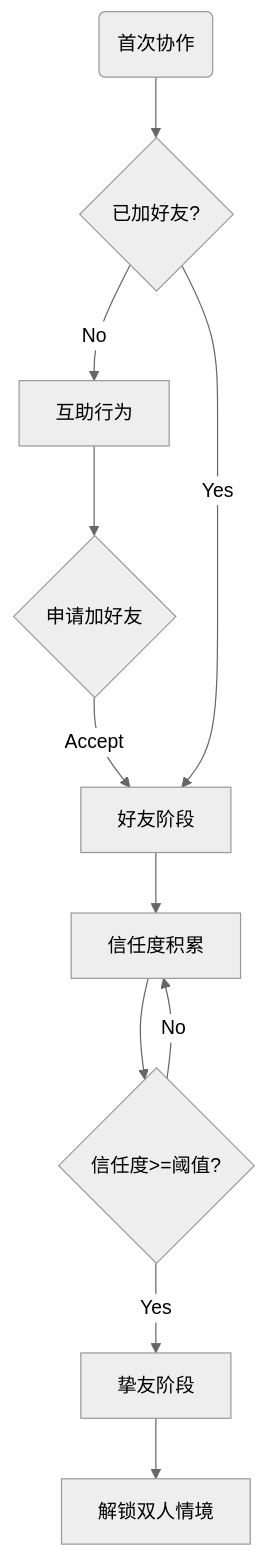
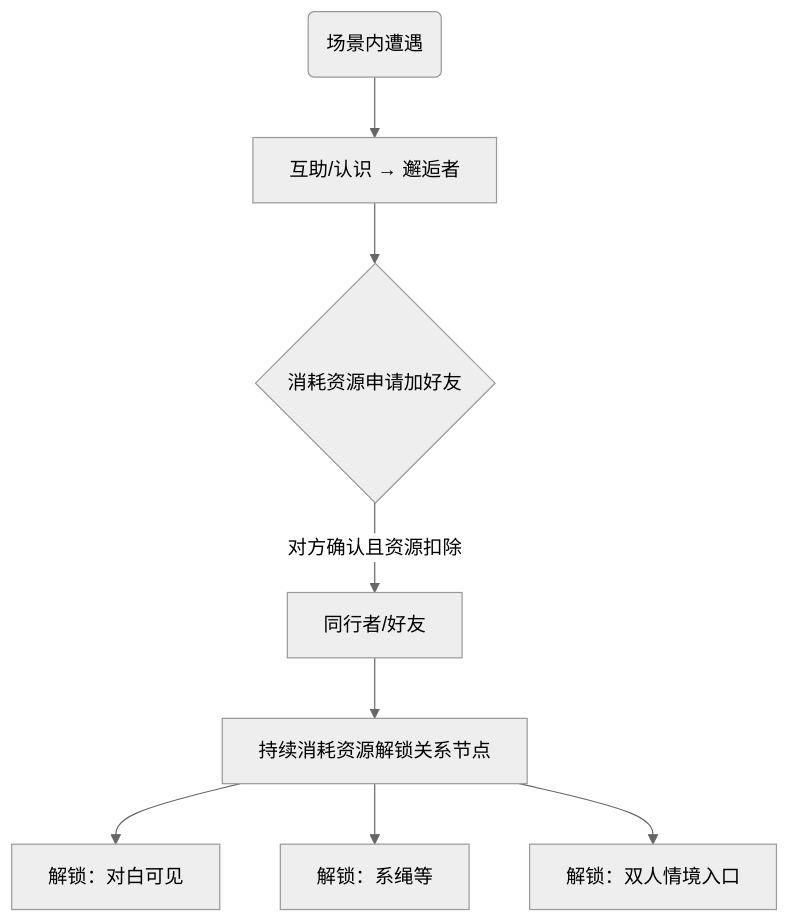
One commit to zanezhuzhi/DreamMountain changed the diagram in 项目/代号梦山/03_系统设计/关系系统.md. Above: the diagram before and after it, drawn with Mermaid (neutral theme). The commit also changed other lines of this file and 16 other files, not shown here.

````diff
--- a/项目/代号梦山/03_系统设计/关系系统.md
+++ b/项目/代号梦山/03_系统设计/关系系统.md
@@ -65,13 +64,10 @@
 ```mermaid
 graph TD
-    Start(首次协作) --> CheckFriend{已加好友?}
-    CheckFriend -- No --> Cooperate[互助行为]
-    Cooperate --> AddFriend{申请加好友}
-    AddFriend -- Accept --> Friend[好友阶段]
-    CheckFriend -- Yes --> Friend
-    Friend --> TrustAccum[信任度积累]
-    TrustAccum --> CheckBuddy{信任度>=阈值?}
-    CheckBuddy -- Yes --> Buddy[挚友阶段]
-    Buddy --> Unlock[解锁双人情境]
-    CheckBuddy -- No --> TrustAccum
+    Start(场景内遭遇) --> Encounter[互助/认识 → 邂逅者]
+    Encounter --> AddFriend{消耗资源申请加好友}
+    AddFriend -- 对方确认且资源扣除 --> Companion[同行者/好友]
+    Companion --> UnlockNode[持续消耗资源解锁关系节点]
+    UnlockNode --> Dialog[解锁：对白可见]
+    UnlockNode --> Rope[解锁：系绳等]
+    UnlockNode --> Situation[解锁：双人情境入口]
 ```
````
